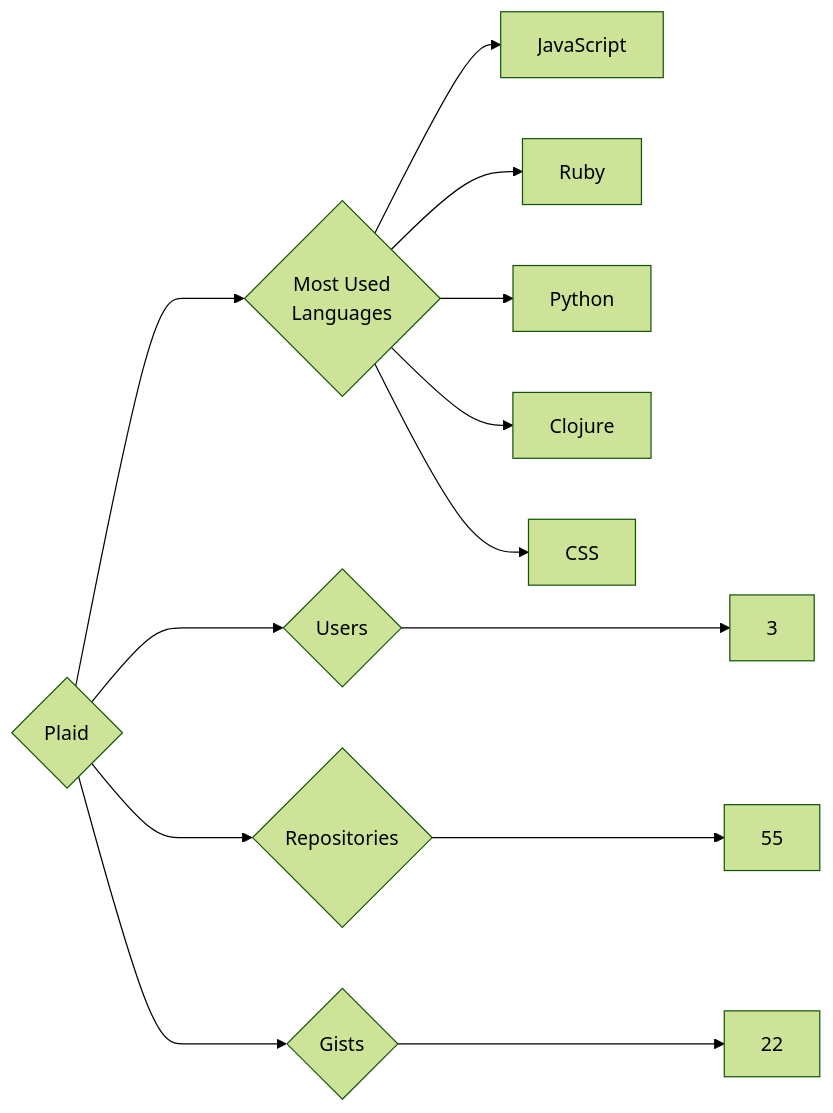
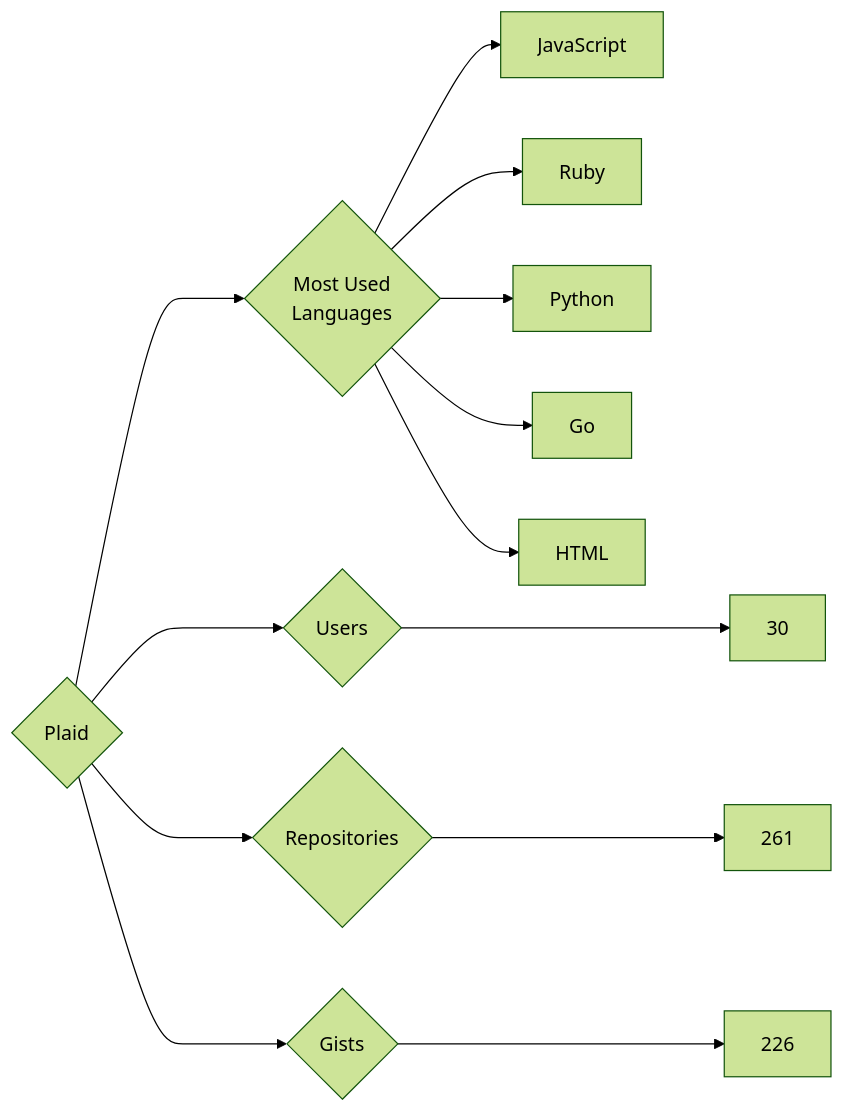
The diagram in targets/Plaid/README.md (trickest/insiders), drawn with Mermaid (forest theme) before and after one commit. The commit also changed 839 other files, not shown here.

````diff
--- a/targets/Plaid/README.md
+++ b/targets/Plaid/README.md
@@ -3,13 +3,13 @@
 ```mermaid
 graph LR
 COMPANY_NAME{Plaid}
-COMPANY_NAME ---> U{Users} ---> UN[3]
-COMPANY_NAME ---> R{Repositories} ---> RN[55]
-COMPANY_NAME ---> G{Gists} ---> GN[22]
+COMPANY_NAME ---> U{Users} ---> UN[30]
+COMPANY_NAME ---> R{Repositories} ---> RN[261]
+COMPANY_NAME ---> G{Gists} ---> GN[226]
 COMPANY_NAME ---> ML{Most Used<br>Languages}
 ML --> JavaScript[JavaScript]
 ML --> Ruby[Ruby]
 ML --> Python[Python]
-ML --> Clojure[Clojure]
-ML --> CSS[CSS]
+ML --> Go[Go]
+ML --> HTML[HTML]
 ```
````
